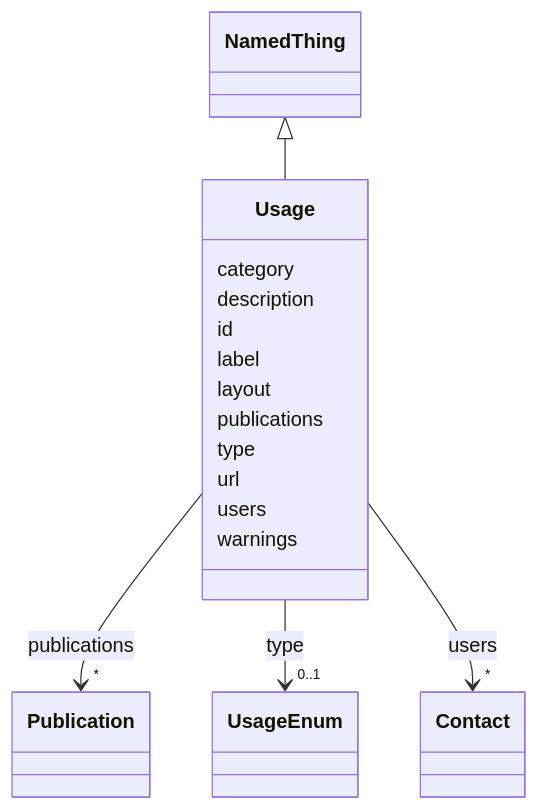
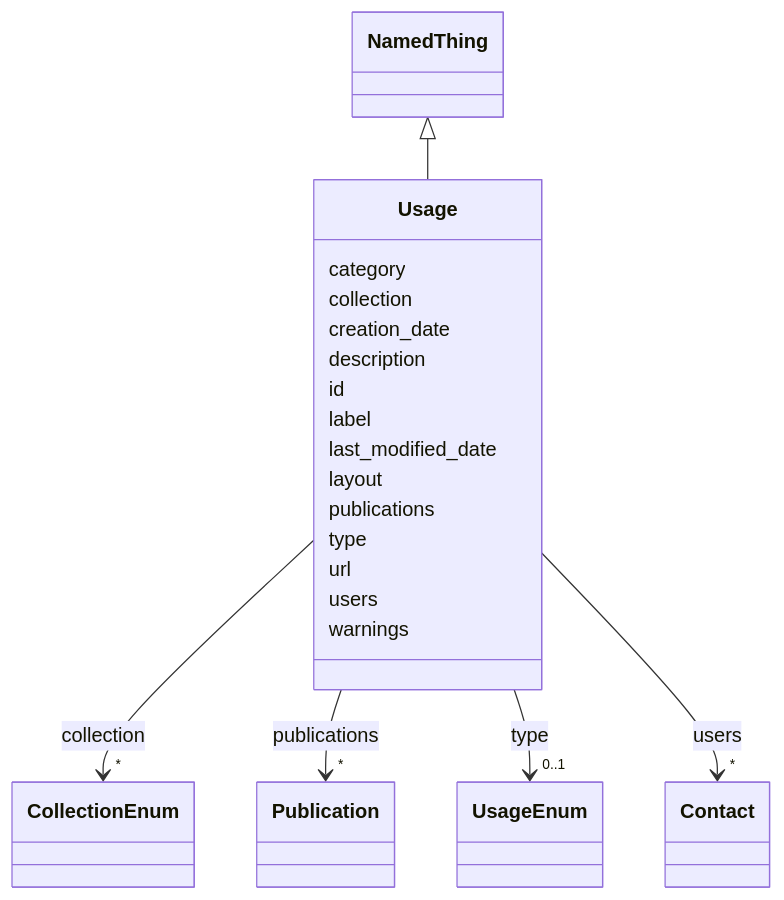
One commit to Knowledge-Graph-Hub/kg-registry changed the diagram in docs/schema/Usage.md. Above: the diagram before and after it, drawn with Mermaid. The commit also changed other lines of this file and 141 other files, not shown here.

````diff
--- a/docs/schema/Usage.md
+++ b/docs/schema/Usage.md
@@ -24,50 +23,71 @@
 ```mermaid
  classDiagram
     class Usage
-    click Usage href "Usage.html"
+    click Usage href "Usage/.html"
       NamedThing <|-- Usage
-        click NamedThing href "NamedThing.html"
-      
+        click NamedThing href "NamedThing/.html"
+
       Usage : category
-        
+
+      Usage : collection
+
+
+
+
+
+        Usage --> "*" CollectionEnum : collection
+        click CollectionEnum href "CollectionEnum/.html"
+
+
+
+      Usage : creation_date
+
       Usage : description
-        
+
       Usage : id
-        
+
       Usage : label
-        
+
+      Usage : last_modified_date
+
       Usage : layout
-        
+
       Usage : publications
-        
-          
-    
-    
-    Usage --> "*" Publication : publications
-    click Publication href "Publication.html"
 
-        
+
+
+
+
+        Usage --> "*" Publication : publications
+        click Publication href "Publication/.html"
+
+
+
       Usage : type
-        
-          
-    
-    
-    Usage --> "0..1" UsageEnum : type
-    click UsageEnum href "UsageEnum.html"
 
-        
+
+
+
+
+        Usage --> "0..1" UsageEnum : type
+        click UsageEnum href "UsageEnum/.html"
+
+
+
       Usage : url
-        
+
       Usage : users
-        
-          
-    
-    
-    Usage --> "*" Contact : users
-    click Contact href "Contact.html"
 
-        
+
+
+
+
+        Usage --> "*" Contact : users
+        click Contact href "Contact/.html"
+
+
+
       Usage : warnings
-        
-      
+
+
 ```
````
